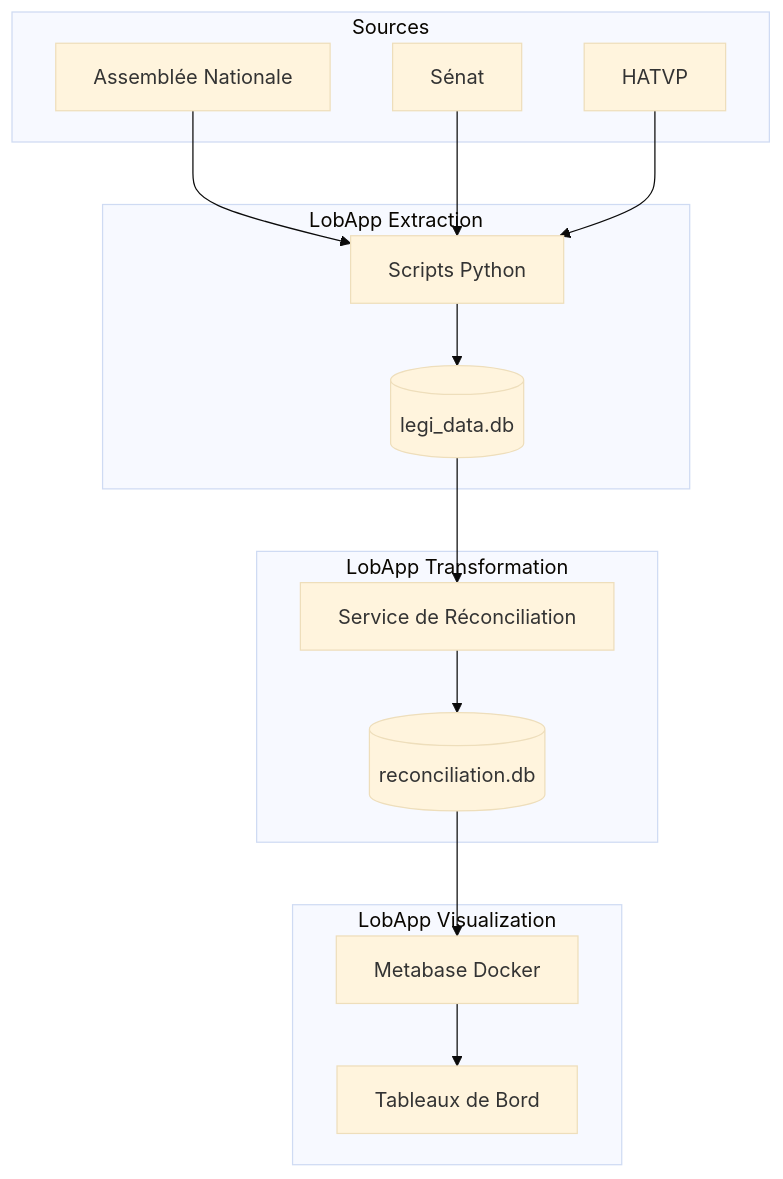
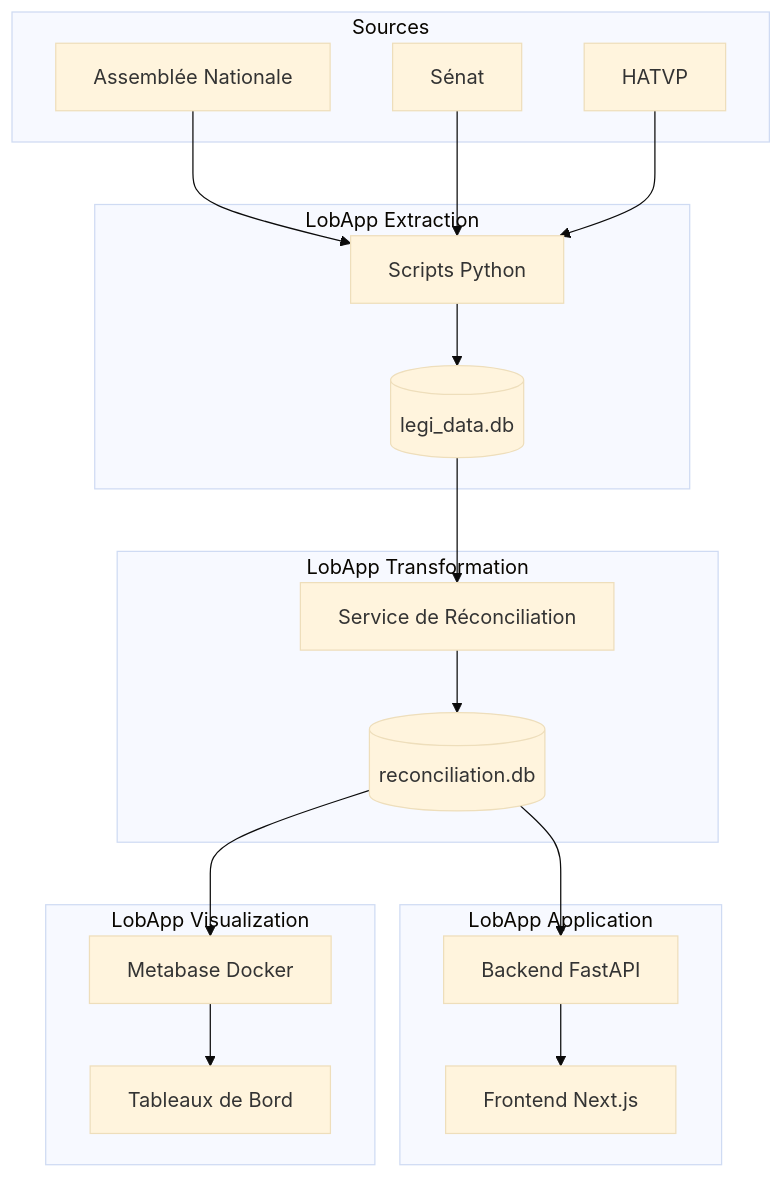
One commit to phlefort/lobapp-documentation changed the diagram in README.md. Above: the diagram before and after it, drawn with Mermaid (base theme). The commit also changed other lines of this file and 2 other files, not shown here.

Commit message:
Add documentation for Frontend and Backend components

````diff
--- a/README.md
+++ b/README.md
@@ -13,32 +16,39 @@
 ```mermaid
 graph TD
     subgraph Sources
         AN[Assemblée Nationale]
         SEN[Sénat]
         HATVP[HATVP]
     end
 
     subgraph "LobApp Extraction"
         Scripts[Scripts Python]
         RawDB[(legi_data.db)]
     end
 
     subgraph "LobApp Transformation"
         Recon[Service de Réconciliation]
         CleanDB[(reconciliation.db)]
     end
 
+    subgraph "LobApp Application"
+        API[Backend FastAPI]
+        Client[Frontend Next.js]
+    end
+
     subgraph "LobApp Visualization"
         Metabase[Metabase Docker]
         Dashboard[Tableaux de Bord]
     end
 
     AN --> Scripts
     SEN --> Scripts
     HATVP --> Scripts
     Scripts --> RawDB
     RawDB --> Recon
     Recon --> CleanDB
+    CleanDB --> API
     CleanDB --> Metabase
+    API --> Client
     Metabase --> Dashboard
 ```
````
